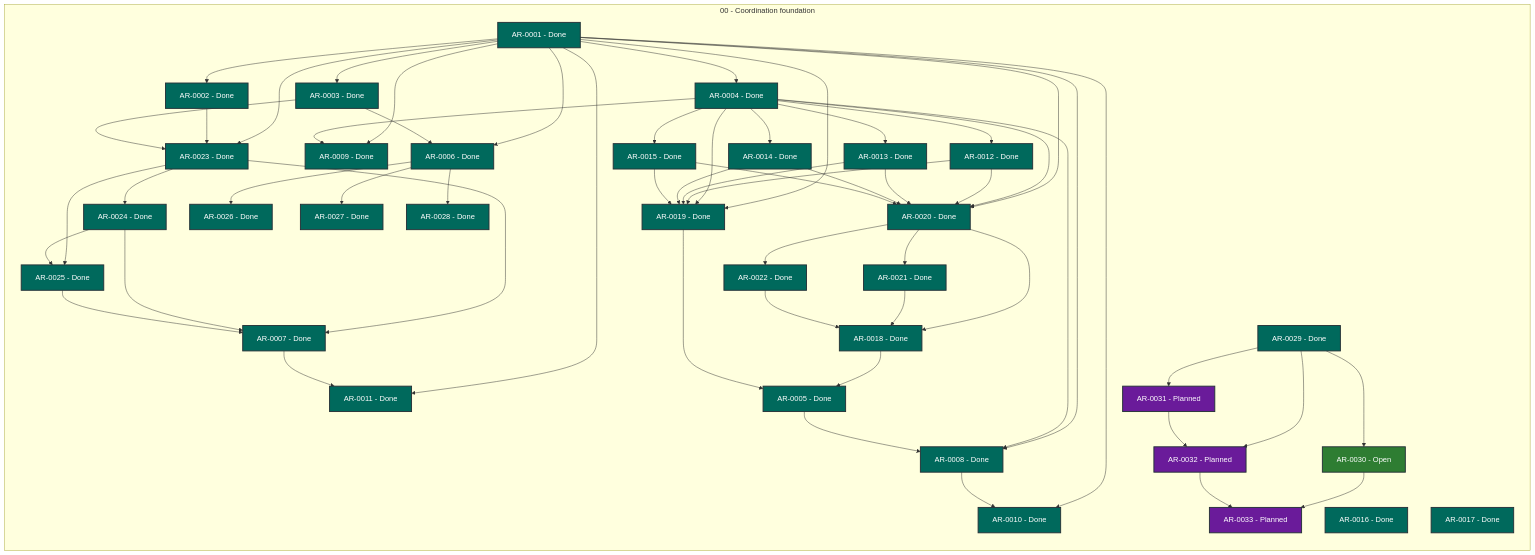
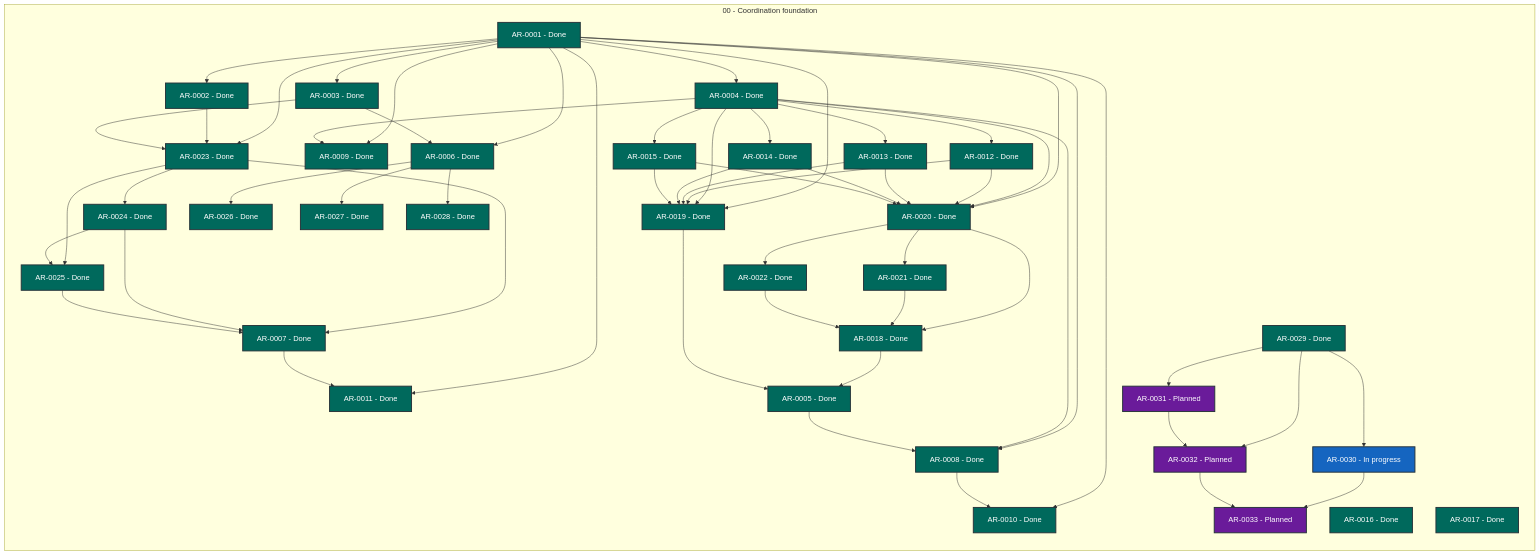
The diagram in STATUS.md (martin-beck/agent-workflow-quality-state), drawn with Mermaid before and after one commit. The commit also changed other lines of this file and 2 other files, not shown here.

```diff
--- a/STATUS.md
+++ b/STATUS.md
@@ -57,7 +57,7 @@
         AR_0027["AR-0027 - Done"]:::status_done
         AR_0028["AR-0028 - Done"]:::status_done
         AR_0029["AR-0029 - Done"]:::status_done
-        AR_0030["AR-0030 - Open"]:::status_open
+        AR_0030["AR-0030 - In progress"]:::status_in_progress
         AR_0031["AR-0031 - Planned"]:::status_planned
         AR_0032["AR-0032 - Planned"]:::status_planned
         AR_0033["AR-0033 - Planned"]:::status_planned
```
